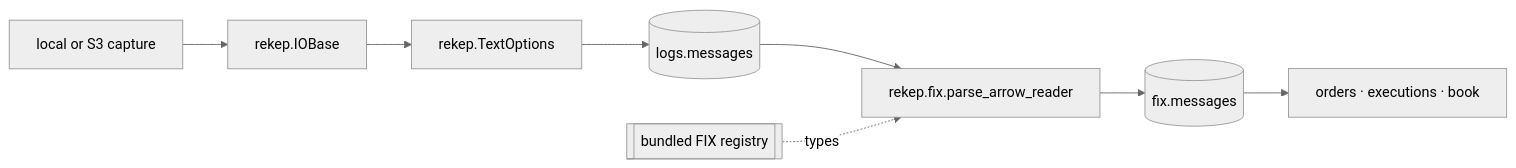
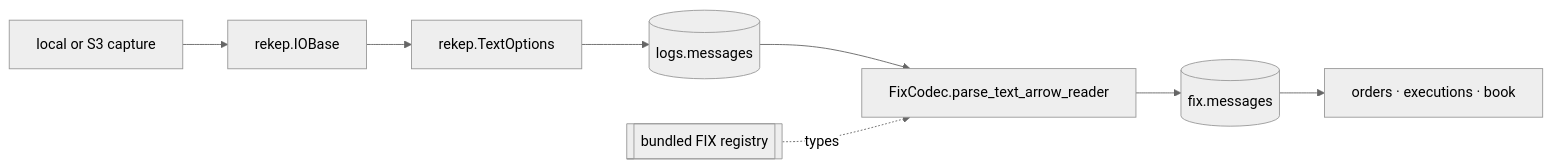
Before and after one commit to Platob/yggfin: the diagram in docs/overview/architecture.md, drawn with Mermaid (neutral theme). The commit also changed other lines of this file and 1762 other files, not shown here.

````diff
--- a/docs/overview/architecture.md
+++ b/docs/overview/architecture.md
@@ -7,10 +7,10 @@
 ```mermaid
 flowchart LR
     U["local or S3 capture"] --> R["rekep.IOBase"]
     R --> T["rekep.TextOptions"]
     T --> M[("logs.messages")]
-    M --> C["rekep.fix.parse_arrow_reader"]
+    M --> C["FixCodec.parse_text_arrow_reader"]
     D[["bundled FIX registry"]] -.types.-> C
     C --> F[("fix.messages")]
     F --> P["orders · executions · book"]
 ```
````
